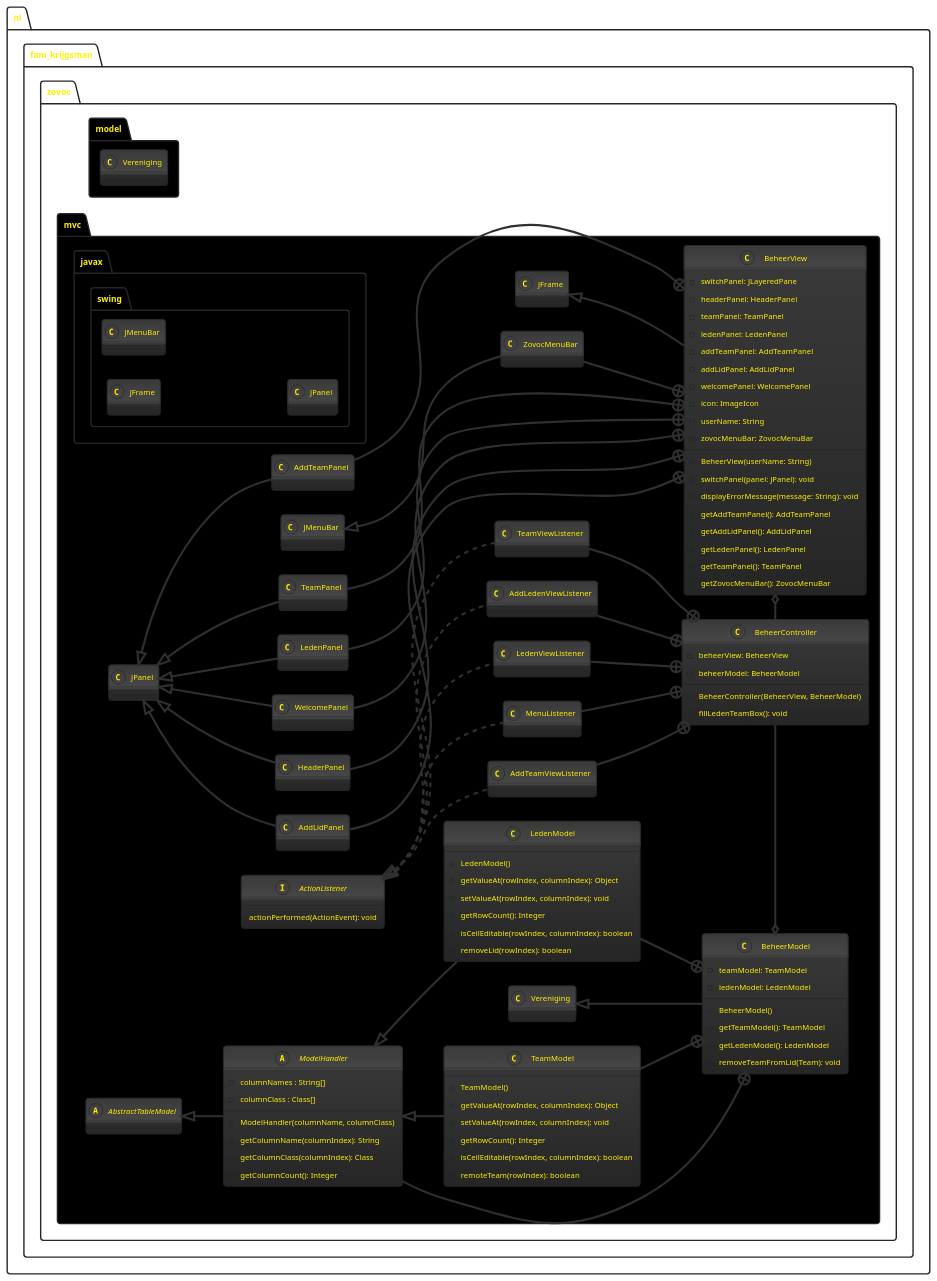
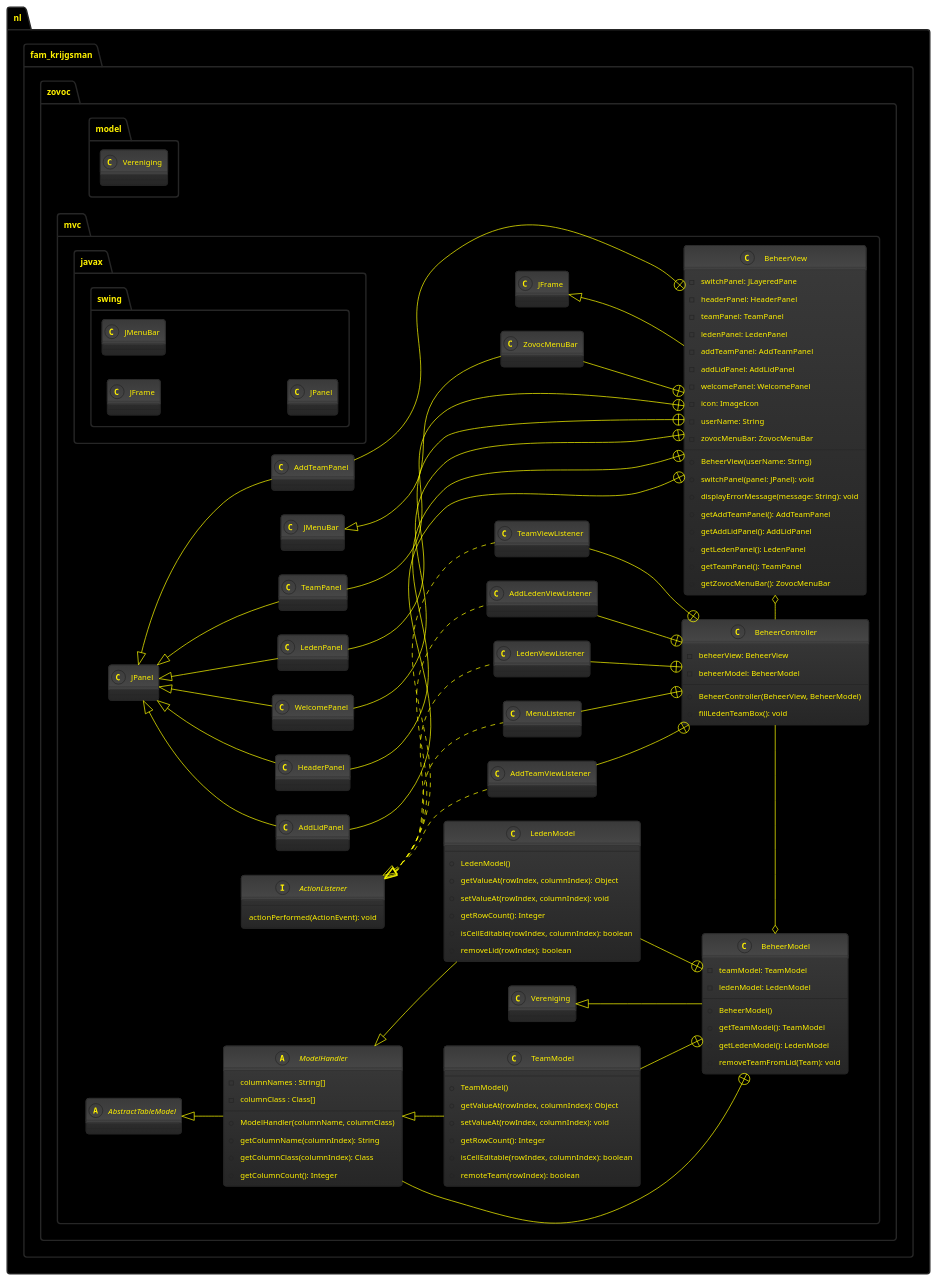
Before and after one commit to kaasszje/Zovoc-Leden-Beheer: the diagram in Docs/mvc.Beheer.puml, drawn with PlantUML. The commit also changed 4 other files, not shown here.

```diff
--- a/Docs/mvc.Beheer.puml
+++ b/Docs/mvc.Beheer.puml
@@ -1,131 +1,140 @@
 @startuml
 'https://plantuml.com/class-diagram
 left to right direction
 !theme black-knight
 
-Package nl.fam_krijgsman.zovoc.model #000000{
+skinparam class {
+    ArrowColor Yellow
+    ArrowThickness 1
+}
+
+skinparam package {
+    BackgroundColor #000000
+}
+
+Package nl.fam_krijgsman.zovoc.model {
 class Vereniging
 }
 
-Package nl.fam_krijgsman.zovoc.mvc #000000{
+Package nl.fam_krijgsman.zovoc.mvc {
 Package javax.swing{
     class JFrame
     class JMenuBar
     class JPanel
 }
 
 class BeheerModel extends Vereniging {
     - teamModel: TeamModel
     - ledenModel: LedenModel
     + BeheerModel()
     + getTeamModel(): TeamModel
     + getLedenModel(): LedenModel
     + removeTeamFromLid(Team): void
 }
 
 class TeamModel extends ModelHandler {
     + TeamModel()
     + getValueAt(rowIndex, columnIndex): Object
     + setValueAt(rowIndex, columnIndex): void
     + getRowCount(): Integer
     + isCellEditable(rowIndex, columnIndex): boolean
     + remoteTeam(rowIndex): boolean
 }
 
 class LedenModel extends ModelHandler {
     + LedenModel()
     + getValueAt(rowIndex, columnIndex): Object
     + setValueAt(rowIndex, columnIndex): void
     + getRowCount(): Integer
     + isCellEditable(rowIndex, columnIndex): boolean
     + removeLid(rowIndex): boolean
 }
 
 abstract class ModelHandler extends AbstractTableModel {
     - columnNames : String[]
     - columnClass : Class[]
     + ModelHandler(columnName, columnClass)
     + getColumnName(columnIndex): String
     + getColumnClass(columnIndex): Class
     + getColumnCount(): Integer
 }
 
 abstract class AbstractTableModel
 
 class BeheerView extends JFrame {
     - switchPanel: JLayeredPane
     - headerPanel: HeaderPanel
     - teamPanel: TeamPanel
     - ledenPanel: LedenPanel
     - addTeamPanel: AddTeamPanel
     - addLidPanel: AddLidPanel
     - welcomePanel: WelcomePanel
     - icon: ImageIcon
     - userName: String
     - zovocMenuBar: ZovocMenuBar
     + BeheerView(userName: String)
     + switchPanel(panel: JPanel): void
     + displayErrorMessage(message: String): void
     + getAddTeamPanel(): AddTeamPanel
     + getAddLidPanel(): AddLidPanel
     + getLedenPanel(): LedenPanel
     + getTeamPanel(): TeamPanel
     + getZovocMenuBar(): ZovocMenuBar
 }
 
 class BeheerController {
     - beheerView: BeheerView
     - beheerModel: BeheerModel
     + BeheerController(BeheerView, BeheerModel)
     + fillLedenTeamBox(): void
 }
 
 'Beheerview
 class ZovocMenuBar extends JMenuBar
 class HeaderPanel extends JPanel
 class WelcomePanel extends JPanel
 class LedenPanel extends JPanel
 class TeamPanel extends JPanel
 class AddTeamPanel extends JPanel
 class AddLidPanel extends JPanel
 
 'BeheerController
 interface ActionListener {
     actionPerformed(ActionEvent): void
 }
 class MenuListener implements ActionListener
 class LedenViewListener implements ActionListener
 class AddLedenViewListener implements ActionListener
 class TeamViewListener implements ActionListener
 class AddTeamViewListener implements ActionListener
 
 
 'interne Beheermodel classes
 TeamModel --+ BeheerModel
 LedenModel --+ BeheerModel
 ModelHandler --+ BeheerModel
 
 'interne Beheerview classes
 ZovocMenuBar --+ BeheerView
 HeaderPanel --+ BeheerView
 WelcomePanel --+ BeheerView
 LedenPanel ---+ BeheerView
 TeamPanel ---+ BeheerView
 AddTeamPanel ---+ BeheerView
 AddLidPanel ---+ BeheerView
 
 'interne Beheercontroller classes
 MenuListener --+ BeheerController
 LedenViewListener --+ BeheerController
 AddLedenViewListener --+ BeheerController
 TeamViewListener --+ BeheerController
 AddTeamViewListener --+ BeheerController
 
 BeheerController -o BeheerView
 BeheerModel o- BeheerController
 
 }
 
 
 
 @enduml
```
